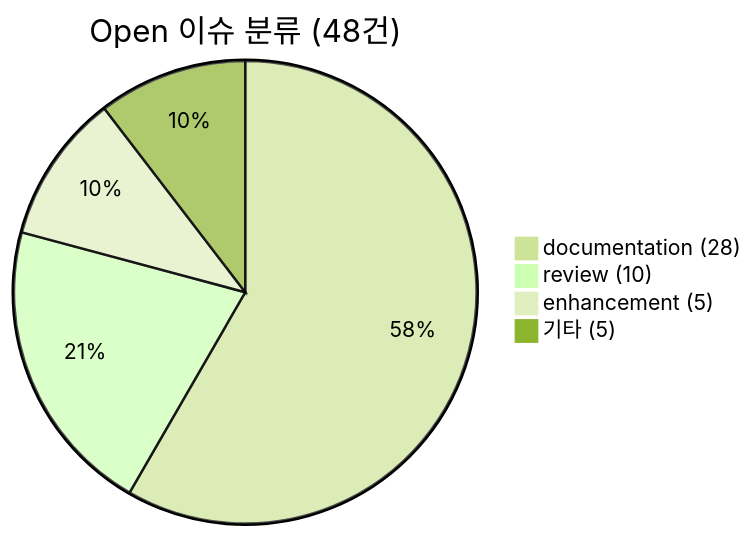
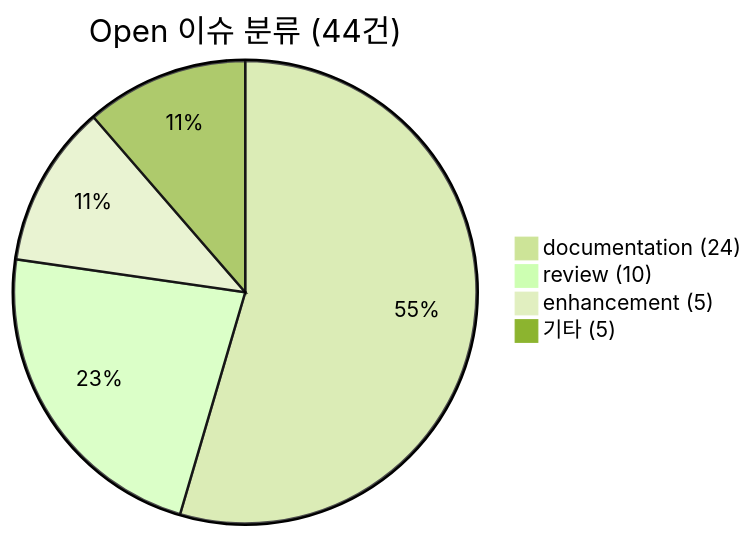
The fourth of 4 diagrams in README.md (holee9/MD-process), drawn with Mermaid (forest theme) before and after one commit. The commit also changed other lines of this file and 1 other file, not shown here.

````diff
--- a/README.md
+++ b/README.md
@@ -204,7 +217,7 @@
 ```mermaid
-pie title Open 이슈 분류 (48건)
-    "documentation (28)" : 28
+pie title Open 이슈 분류 (44건)
+    "documentation (24)" : 24
     "review (10)" : 10
     "enhancement (5)" : 5
     "기타 (5)" : 5
 ```
````
